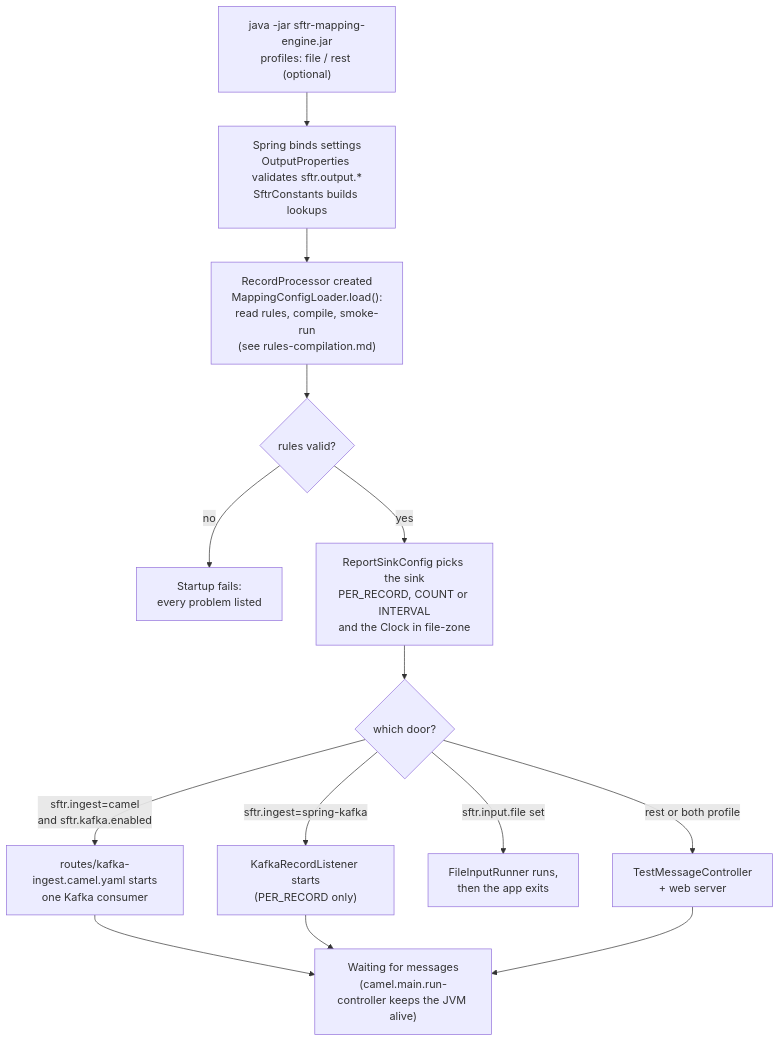
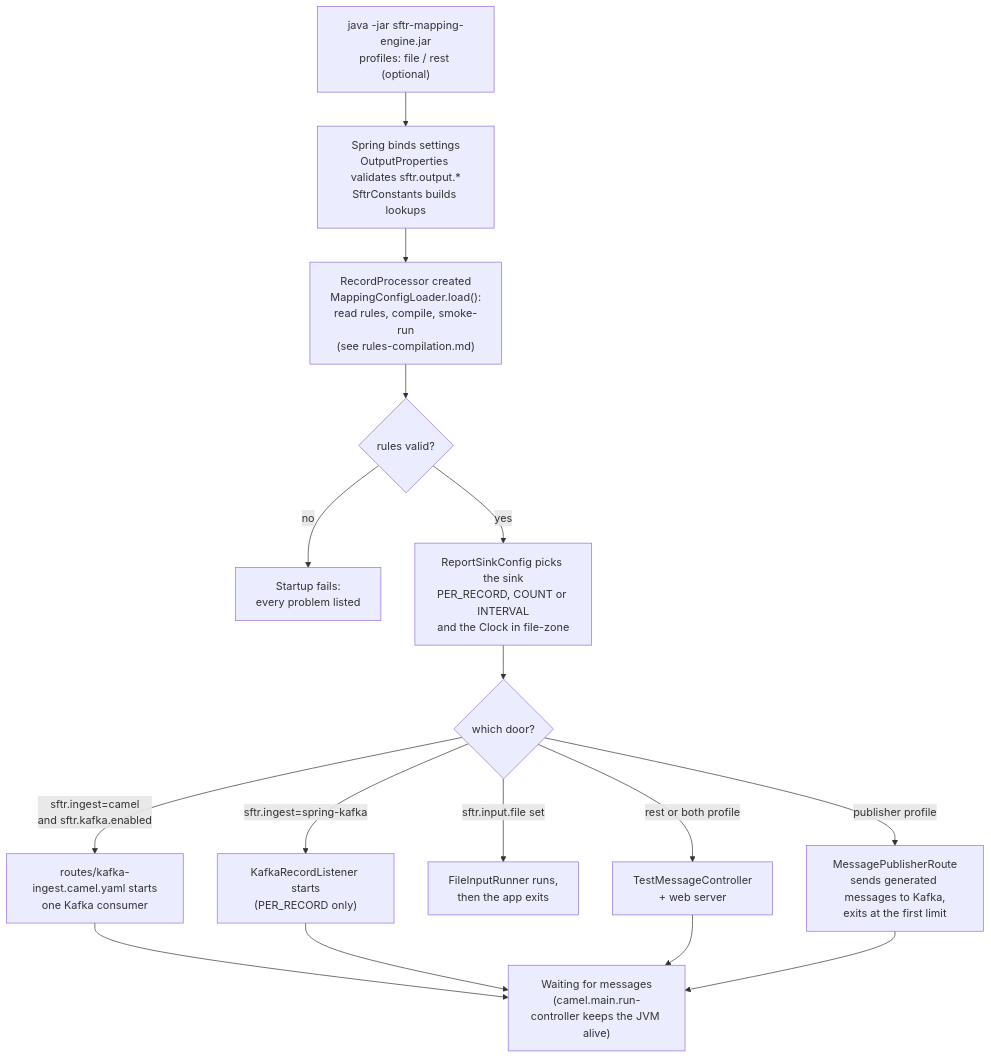
One commit to shanregs/msg-transformer changed the first of 2 diagrams in docs/code-flow-and-classes.md. Above: the diagram before and after it, drawn with Mermaid. The commit also changed other lines of this file and 3 other files, not shown here.

First line of the commit message:
Docs: refresh architecture, design and C4 for the YAML route, publisher and LOGIC type

````diff
--- a/docs/code-flow-and-classes.md
+++ b/docs/code-flow-and-classes.md
@@ -18,16 +18,18 @@
 ```mermaid
 flowchart TD
     A["java -jar sftr-mapping-engine.jar<br/>profiles: file / rest (optional)"] --> B["Spring binds settings<br/>OutputProperties validates sftr.output.*<br/>SftrConstants builds lookups"]
     B --> C["RecordProcessor created<br/>MappingConfigLoader.load():<br/>read rules, compile, smoke-run<br/>(see rules-compilation.md)"]
     C --> D{"rules valid?"}
     D -->|no| X["Startup fails:<br/>every problem listed"]
     D -->|yes| E["ReportSinkConfig picks the sink<br/>PER_RECORD, COUNT or INTERVAL<br/>and the Clock in file-zone"]
     E --> F{"which door?"}
     F -->|"sftr.ingest=camel<br/>and sftr.kafka.enabled"| G["routes/kafka-ingest.camel.yaml starts<br/>one Kafka consumer"]
     F -->|"sftr.ingest=spring-kafka"| H["KafkaRecordListener starts<br/>(PER_RECORD only)"]
     F -->|"sftr.input.file set"| I["FileInputRunner runs,<br/>then the app exits"]
     F -->|"rest or both profile"| J["TestMessageController<br/>+ web server"]
+    F -->|"publisher profile"| PB["MessagePublisherRoute<br/>sends generated messages to Kafka,<br/>exits at the first limit"]
     G --> K["Waiting for messages<br/>(camel.main.run-controller keeps the JVM alive)"]
     H --> K
     J --> K
+    PB --> K
 ```
````
